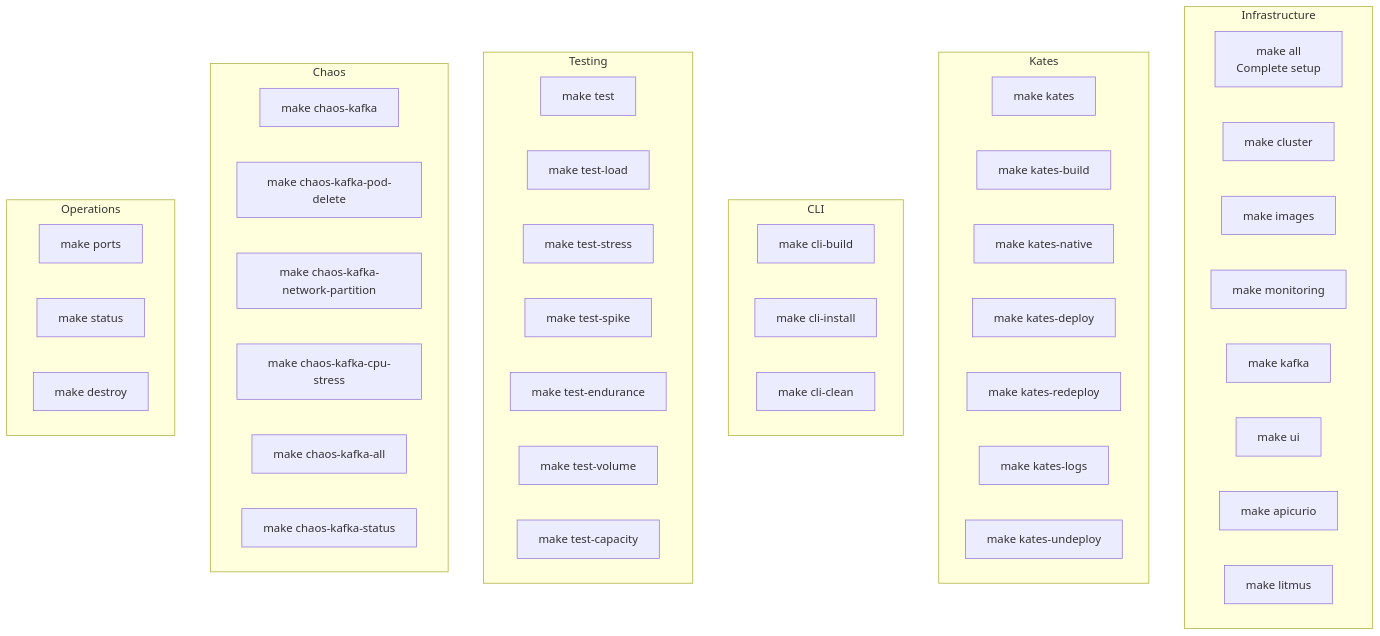
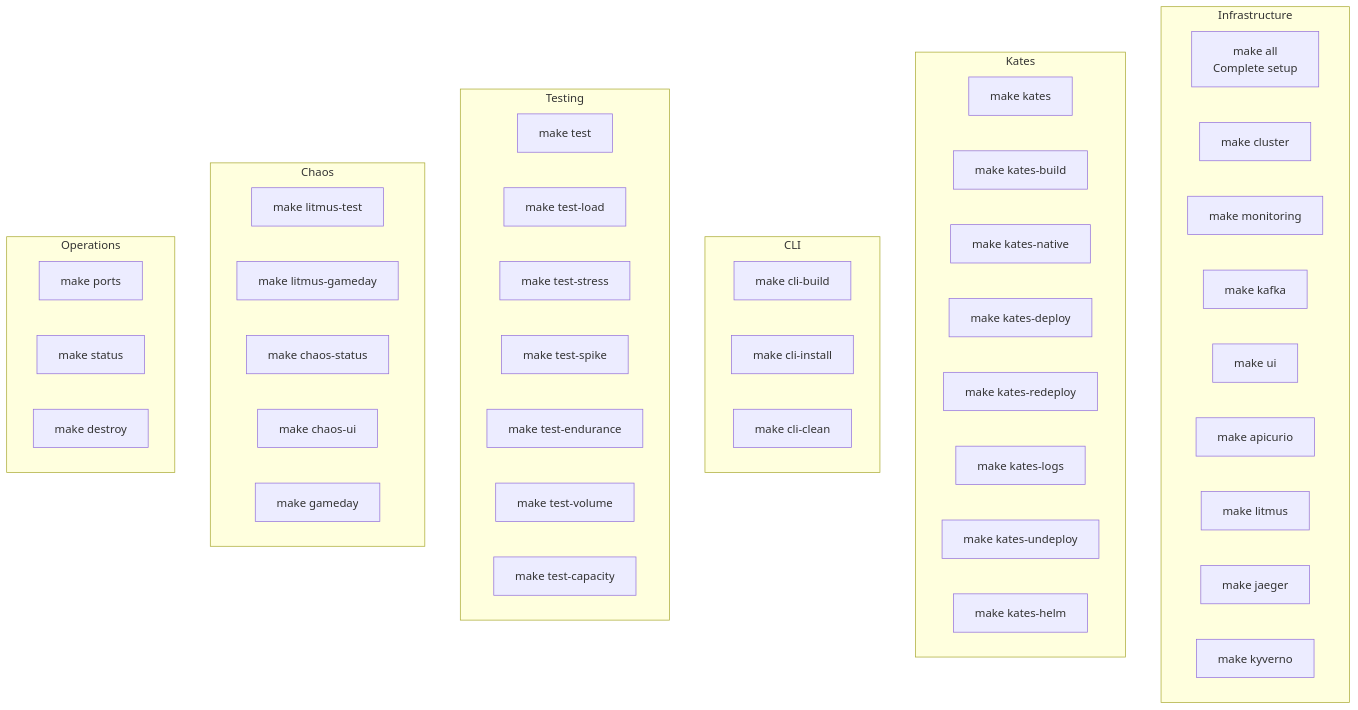
The third of 3 diagrams in docs/book/12-deployment.md (actions-marketplace-validations/bmscomp_kates), drawn with Mermaid before and after one commit. The commit also changed other lines of this file and 23 other files, not shown here.

````diff
--- a/docs/book/12-deployment.md
+++ b/docs/book/12-deployment.md
@@ -495,54 +498,55 @@
 ```mermaid
 graph TB
     subgraph Infrastructure
         ALL[make all<br/>Complete setup]
         CLUSTER[make cluster]
-        IMAGES[make images]
         MONITOR[make monitoring]
         KAFKA[make kafka]
         UI[make ui]
         APICURIO[make apicurio]
         LITMUS[make litmus]
+        JAEGER[make jaeger]
+        KYVERNO[make kyverno]
     end
     
     subgraph Kates
         K[make kates]
         KB[make kates-build]
         KN[make kates-native]
         KD[make kates-deploy]
         KR[make kates-redeploy]
         KL[make kates-logs]
         KU[make kates-undeploy]
+        KH[make kates-helm]
     end
     
     subgraph CLI
         CB[make cli-build]
         CI[make cli-install]
         CC[make cli-clean]
     end
     
     subgraph Testing
         T[make test]
         TL[make test-load]
         TS[make test-stress]
         TSP[make test-spike]
         TE[make test-endurance]
         TV[make test-volume]
         TC[make test-capacity]
     end
     
     subgraph Chaos
-        CK[make chaos-kafka]
-        CKP[make chaos-kafka-pod-delete]
-        CKN[make chaos-kafka-network-partition]
-        CKC[make chaos-kafka-cpu-stress]
-        CKA[make chaos-kafka-all]
-        CKS[make chaos-kafka-status]
+        LT[make litmus-test]
+        LG[make litmus-gameday]
+        CS[make chaos-status]
+        CU[make chaos-ui]
+        GD[make gameday]
     end
     
     subgraph Operations
         PORTS[make ports]
         STATUS[make status]
         DESTROY[make destroy]
     end
 ```
````
